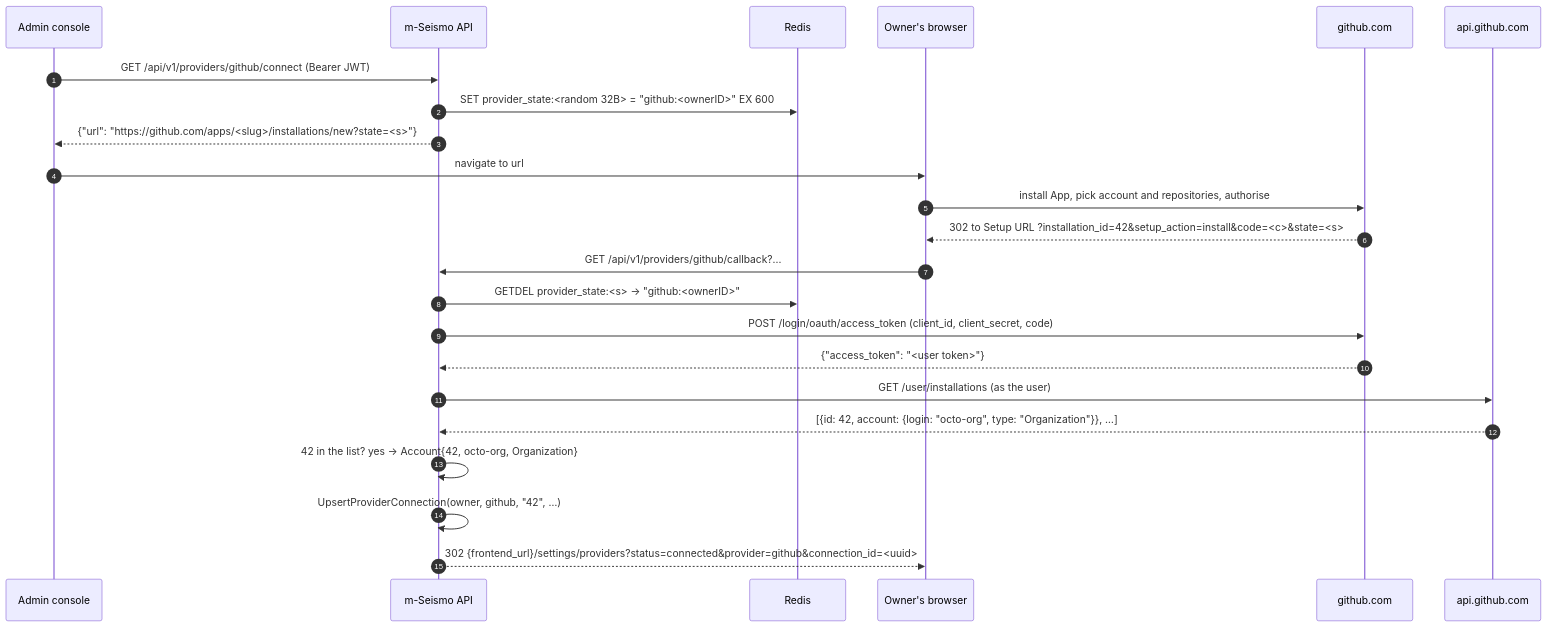
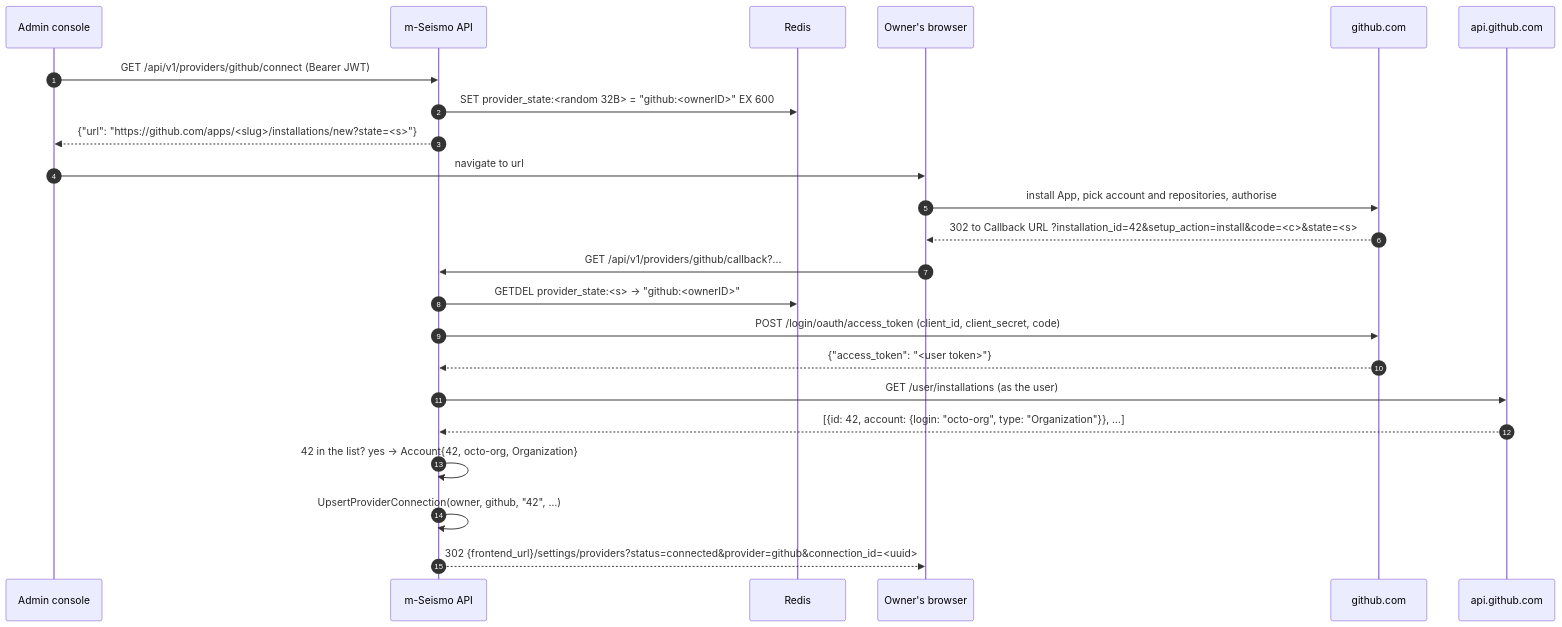
The diagram in backend/docs/github.md (MicroClub-USTHB/m-Seismo), drawn with Mermaid before and after one commit. The commit also changed other lines of this file and 8 other files, not shown here.

````diff
--- a/backend/docs/github.md
+++ b/backend/docs/github.md
@@ -61,26 +61,26 @@
 ```mermaid
 sequenceDiagram
     autonumber
     participant UI as Admin console
     participant API as m-Seismo API
     participant R as Redis
     participant B as Owner's browser
     participant GH as github.com
     participant GAPI as api.github.com
 
     UI->>API: GET /api/v1/providers/github/connect (Bearer JWT)
     API->>R: SET provider_state:<random 32B> = "github:<ownerID>" EX 600
     API-->>UI: {"url": "https://github.com/apps/<slug>/installations/new?state=<s>"}
     UI->>B: navigate to url
     B->>GH: install App, pick account and repositories, authorise
-    GH-->>B: 302 to Setup URL ?installation_id=42&setup_action=install&code=<c>&state=<s>
+    GH-->>B: 302 to Callback URL ?installation_id=42&setup_action=install&code=<c>&state=<s>
     B->>API: GET /api/v1/providers/github/callback?...
     API->>R: GETDEL provider_state:<s> → "github:<ownerID>"
     API->>GH: POST /login/oauth/access_token (client_id, client_secret, code)
     GH-->>API: {"access_token": "<user token>"}
     API->>GAPI: GET /user/installations (as the user)
     GAPI-->>API: [{id: 42, account: {login: "octo-org", type: "Organization"}}, …]
     API->>API: 42 in the list? yes → Account{42, octo-org, Organization}
     API->>API: UpsertProviderConnection(owner, github, "42", …)
     API-->>B: 302 {frontend_url}/settings/providers?status=connected&provider=github&connection_id=<uuid>
 ```
````
